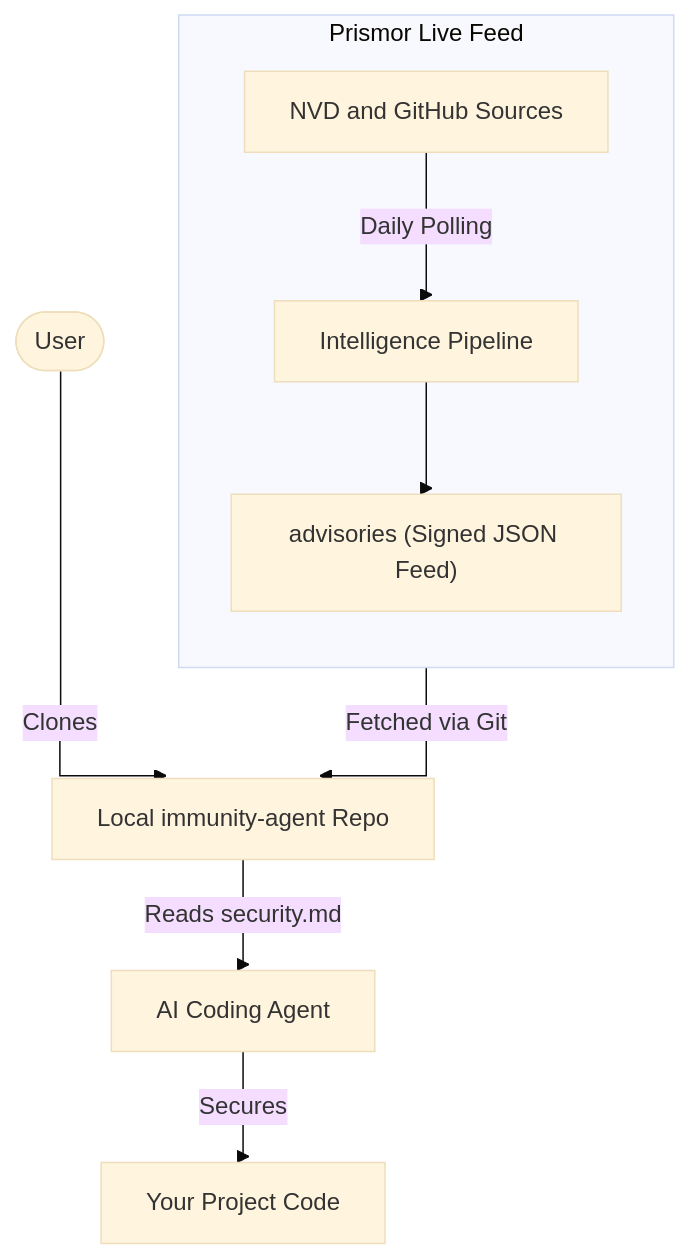
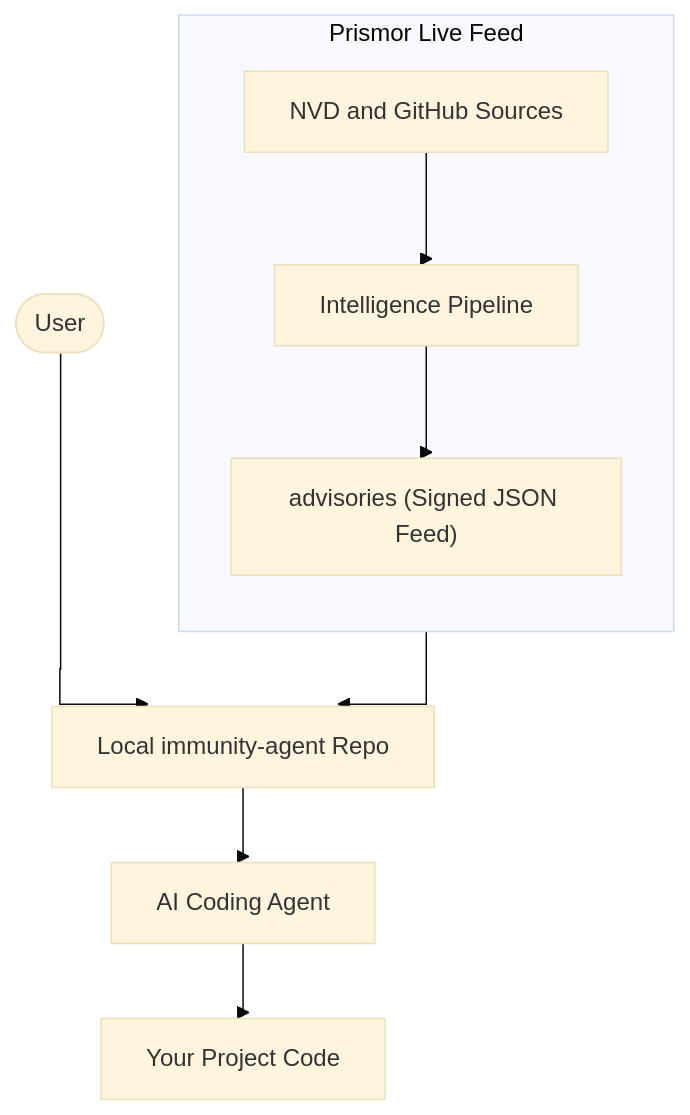
The diagram in README.md (Priyansh10ff/immunity-agent), drawn with Mermaid (base theme) before and after one commit.

Commit message:
Cleanup Mermaid: remove hyperlinks and enforce elbow joins

````diff
--- a/README.md
+++ b/README.md
@@ -27,19 +27,14 @@
 ```mermaid
 %%{init: {"flowchart": {"curve": "stepBefore"}}}%%
 flowchart TD
-    subgraph PRISMOR ["Prismor Live Feed"]
+    subgraph PR["Prismor Live Feed"]
         direction TB
-        SOURCES["NVD and GitHub Sources"] -->|Daily Polling| PIPE["Intelligence Pipeline"]
-        PIPE --> FEED["advisories (Signed JSON Feed)"]
+        S["NVD and GitHub Sources"] --> P["Intelligence Pipeline"]
+        P --> F["advisories (Signed JSON Feed)"]
     end
 
-    USER([User]) -->|Clones| REPO["Local immunity-agent Repo"]
-    FEED -->|Fetched via Git| REPO
-    REPO -->|Reads security.md| AGENT["AI Coding Agent"]
-    AGENT -->|Secures| CODE["Your Project Code"]
-
-    click PIPE "/pipeline" "Intelligence Pipeline"
-    click FEED "/advisories" "Signed JSON Feed"
-    click REPO "/" "Repository Root"
-    click AGENT "/skills/security.md" "Master Security Skill"
+    U([User]) --> R["Local immunity-agent Repo"]
+    F --> R
+    R --> A["AI Coding Agent"]
+    A --> C["Your Project Code"]
 ```
````
